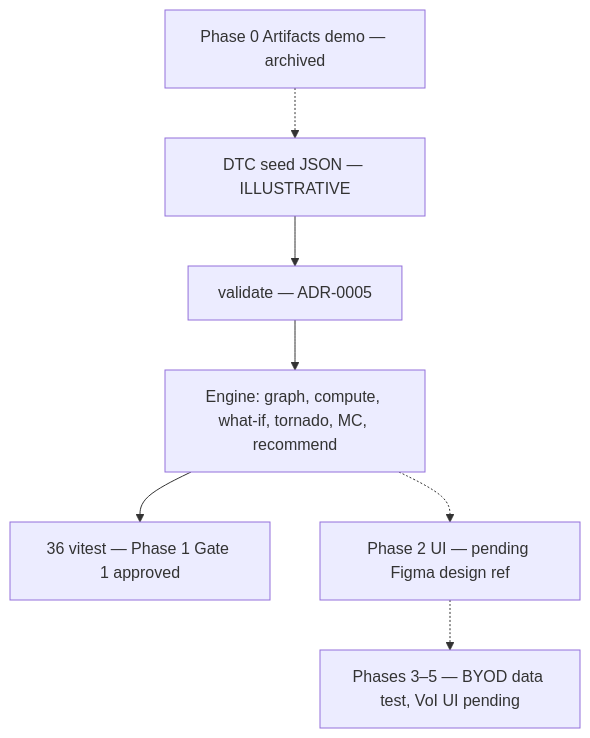
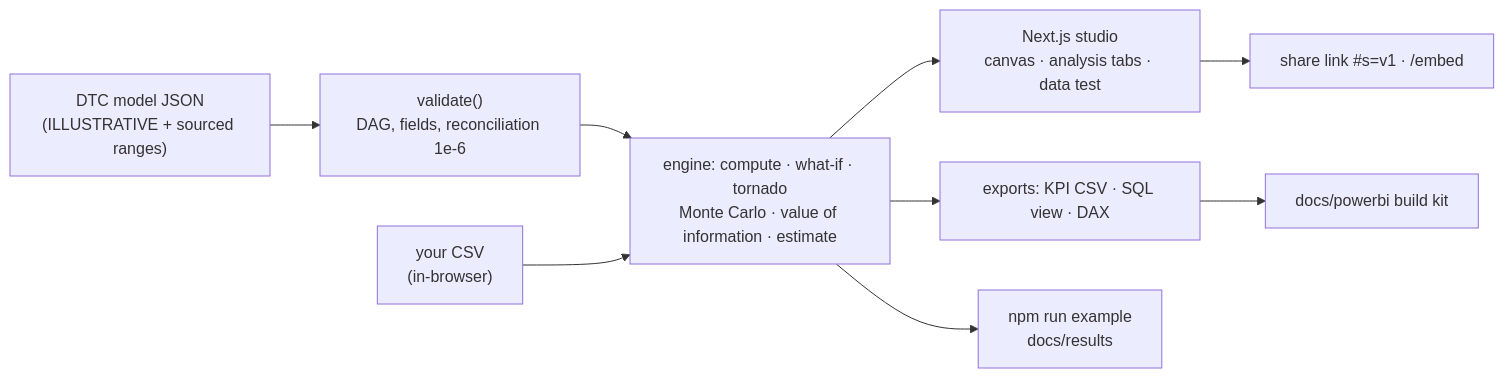
The diagram in README.md (RafaelBraga-Kribitz/metric_lineage_simulator), drawn with Mermaid before and after one commit. The commit also changed other lines of this file and 119 other files, not shown here.

````diff
--- a/README.md
+++ b/README.md
@@ -16,9 +125,11 @@
 ```mermaid
-flowchart TB
-  seed["DTC seed JSON — ILLUSTRATIVE"] --> validate["validate — ADR-0005"]
-  validate --> engine["Engine: graph, compute, what-if, tornado, MC, recommend"]
-  engine --> tests["36 vitest — Phase 1 Gate 1 approved"]
-  p0["Phase 0 Artifacts demo — archived"] -.-> seed
-  engine -.-> p2["Phase 2 UI — pending Figma design ref"]
-  p2 -.-> later["Phases 3–5 — BYOD data test, VoI UI pending"]
+flowchart LR
+  seed["DTC model JSON<br/>(ILLUSTRATIVE + sourced ranges)"] --> validate["validate()<br/>DAG, fields, reconciliation 1e-6"]
+  validate --> engine["engine: compute · what-if · tornado<br/>Monte Carlo · value of information · estimate"]
+  engine --> ui["Next.js studio<br/>canvas · analysis tabs · data test"]
+  csv["your CSV<br/>(in-browser)"] --> engine
+  ui --> share["share link #s=v1 · /embed"]
+  engine --> exports["exports: KPI CSV · SQL view · DAX"]
+  exports --> pbi["docs/powerbi build kit"]
+  engine --> result["npm run example<br/>docs/results"]
 ```
````
